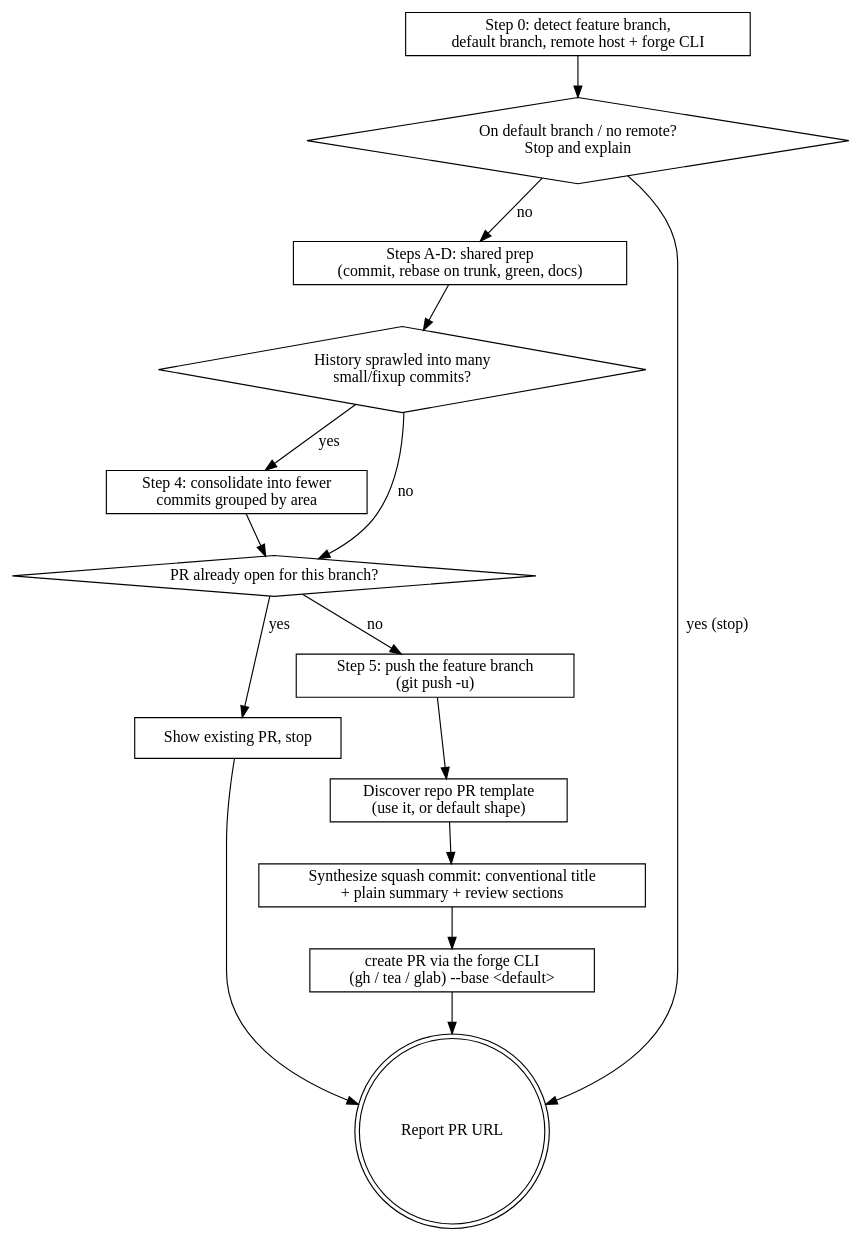
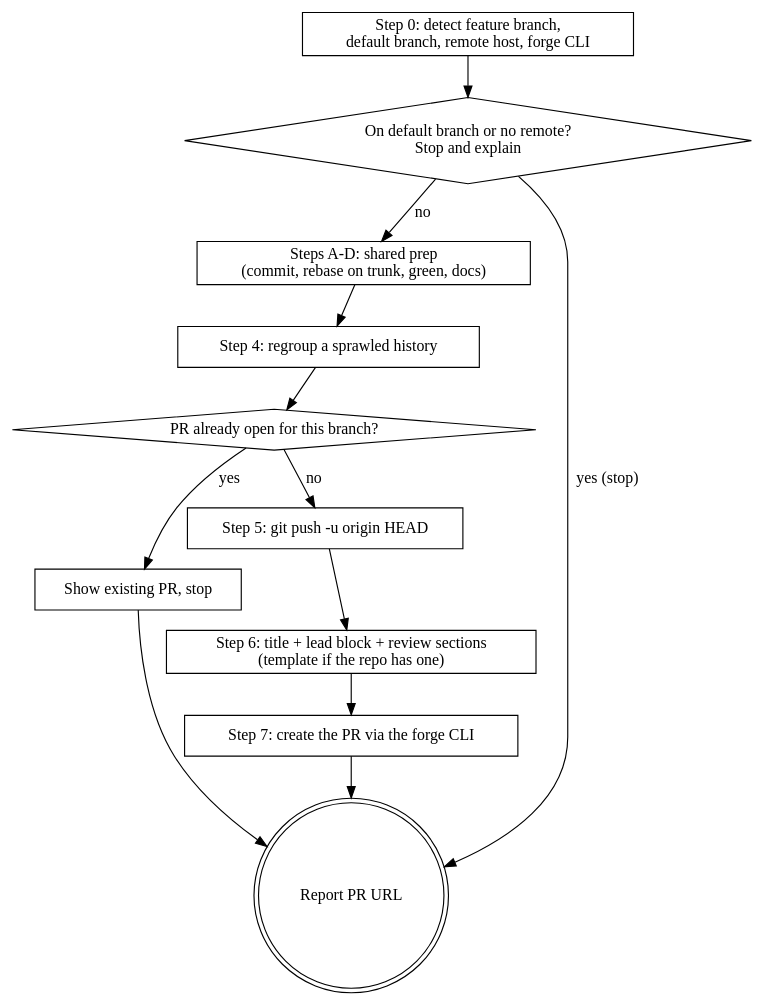
Before and after one commit to natelandau/cc-plugin: the diagram in plugins/natelandau-toolkit/skills/pr/SKILL.md, drawn with Graphviz. The commit also changed other lines of this file and 26 other files, not shown here.

````diff
--- a/plugins/natelandau-toolkit/skills/pr/SKILL.md
+++ b/plugins/natelandau-toolkit/skills/pr/SKILL.md
@@ -87,29 +27,24 @@
 ```dot
 digraph pr {
   rankdir=TB; node [shape=box];
-  detect   [label="Step 0: detect feature branch,\ndefault branch, remote host + forge CLI"];
-  refuse   [label="On default branch / no remote?\nStop and explain" shape=diamond];
+  detect   [label="Step 0: detect feature branch,\ndefault branch, remote host, forge CLI"];
+  refuse   [label="On default branch or no remote?\nStop and explain" shape=diamond];
   prep     [label="Steps A-D: shared prep\n(commit, rebase on trunk, green, docs)"];
-  many     [label="History sprawled into many\nsmall/fixup commits?" shape=diamond];
-  regroup   [label="Step 4: consolidate into fewer\ncommits grouped by area"];
+  regroup  [label="Step 4: regroup a sprawled history"];
   exists   [label="PR already open for this branch?" shape=diamond];
   show     [label="Show existing PR, stop"];
-  push     [label="Step 5: push the feature branch\n(git push -u)"];
-  tmpl     [label="Discover repo PR template\n(use it, or default shape)"];
-  body     [label="Synthesize squash commit: conventional title\n+ plain summary + review sections"];
-  create   [label="create PR via the forge CLI\n(gh / tea / glab) --base <default>"];
+  push     [label="Step 5: git push -u origin HEAD"];
+  body     [label="Step 6: title + lead block + review sections\n(template if the repo has one)"];
+  create   [label="Step 7: create the PR via the forge CLI"];
   done     [label="Report PR URL" shape=doublecircle];
 
   detect -> refuse;
   refuse -> done [label="yes (stop)"];
   refuse -> prep [label="no"];
-  prep -> many;
-  many -> regroup [label="yes"];
-  many -> exists [label="no"];
-  regroup -> exists;
+  prep -> regroup -> exists;
   exists -> show [label="yes"];
   show -> done;
   exists -> push [label="no"];
-  push -> tmpl -> body -> create -> done;
+  push -> body -> create -> done;
 }
 ```
````
